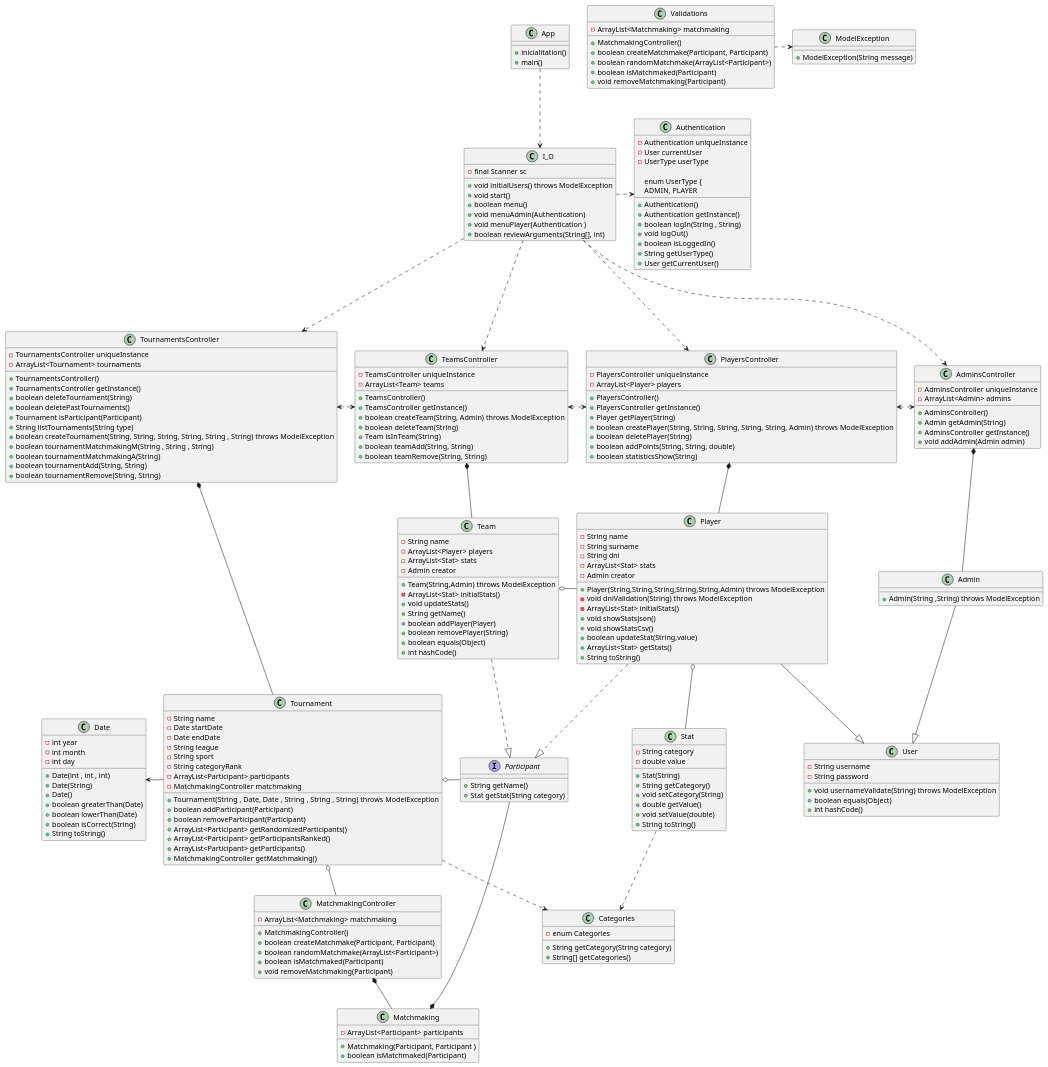
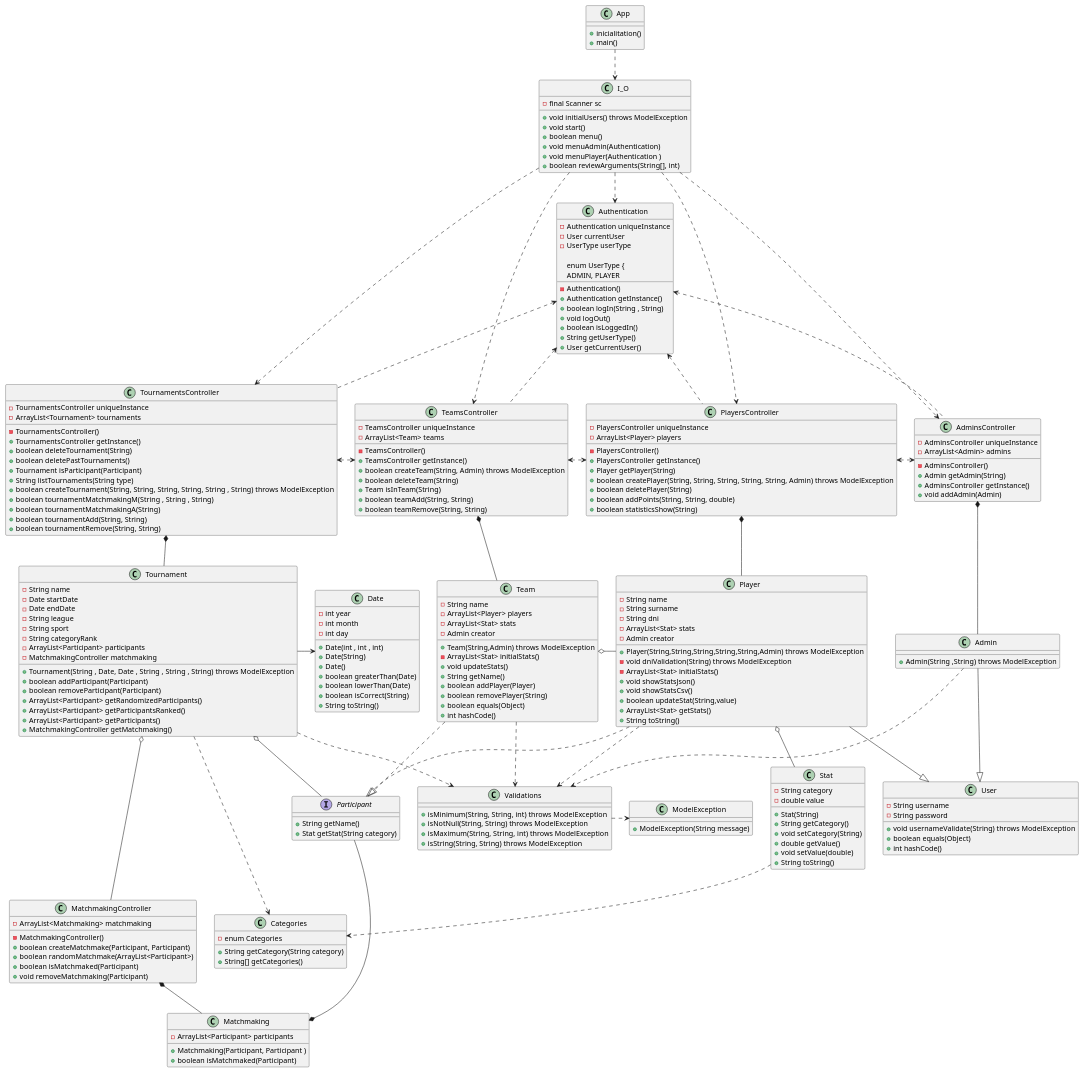
The diagram in documents/uml.puml (AlbertoArpa/POO2), drawn with PlantUML before and after one commit. The commit also changed 4 other files, not shown here.

```diff
--- a/documents/uml.puml
+++ b/documents/uml.puml
@@ -6,6 +6,10 @@
 I_O ...> PlayersController
 I_O ...> AdminsController
 I_O .> Authentication
+Authentication <.. AdminsController
+Authentication <.. PlayersController
+Authentication <.. TeamsController
+Authentication <.. TournamentsController
 TeamsController <.> PlayersController
 PlayersController <.> AdminsController
 TournamentsController <.> TeamsController
@@ -26,6 +30,10 @@
 Player --|> User
 Admin --|> User
 Participant ---* Matchmaking
+Player ..> Validations
+Admin ..> Validations
+Team ..> Validations
+Tournament ..> Validations
 Validations .> ModelException
 
 
@@ -121,16 +129,16 @@
 class AdminsController{
     - AdminsController uniqueInstance
     - ArrayList<Admin> admins
-    + AdminsController()
+    - AdminsController()
     + Admin getAdmin(String)
     + AdminsController getInstance()
-    + void addAdmin(Admin admin)
+    + void addAdmin(Admin)
 }
 
 class PlayersController{
     - PlayersController uniqueInstance
     - ArrayList<Player> players
-    + PlayersController()
+    - PlayersController()
     + PlayersController getInstance()
     + Player getPlayer(String)
     + boolean createPlayer(String, String, String, String, String, Admin) throws ModelException
@@ -143,7 +151,7 @@
     - Authentication uniqueInstance
     - User currentUser
     - UserType userType
-    + Authentication()
+    - Authentication()
     + Authentication getInstance()
     + boolean logIn(String , String)
     + void logOut()
@@ -158,7 +166,7 @@
 class TournamentsController{
     - TournamentsController uniqueInstance
     - ArrayList<Tournament> tournaments
-    + TournamentsController()
+    - TournamentsController()
     + TournamentsController getInstance()
     + boolean deleteTournament(String)
     + boolean deletePastTournaments()
@@ -174,7 +182,7 @@
 class TeamsController{
     - TeamsController uniqueInstance
     - ArrayList<Team> teams
-    + TeamsController()
+    - TeamsController()
     + TeamsController getInstance()
     + boolean createTeam(String, Admin) throws ModelException
     + boolean deleteTeam(String)
@@ -217,7 +225,7 @@
 
 class MatchmakingController{
     - ArrayList<Matchmaking> matchmaking
-    + MatchmakingController()
+    - MatchmakingController()
     + boolean createMatchmake(Participant, Participant)
     + boolean randomMatchmake(ArrayList<Participant>)
     + boolean isMatchmaked(Participant)
@@ -225,12 +233,10 @@
 }
 
 class Validations{
-    - ArrayList<Matchmaking> matchmaking
-    + MatchmakingController()
-    + boolean createMatchmake(Participant, Participant)
-    + boolean randomMatchmake(ArrayList<Participant>)
-    + boolean isMatchmaked(Participant)
-    + void removeMatchmaking(Participant)
+    + isMinimum(String, String, int) throws ModelException
+    + isNotNull(String, String) throws ModelException
+    + isMaximum(String, String, int) throws ModelException
+    + isString(String, String) throws ModelException
 }
 
 @enduml
```
